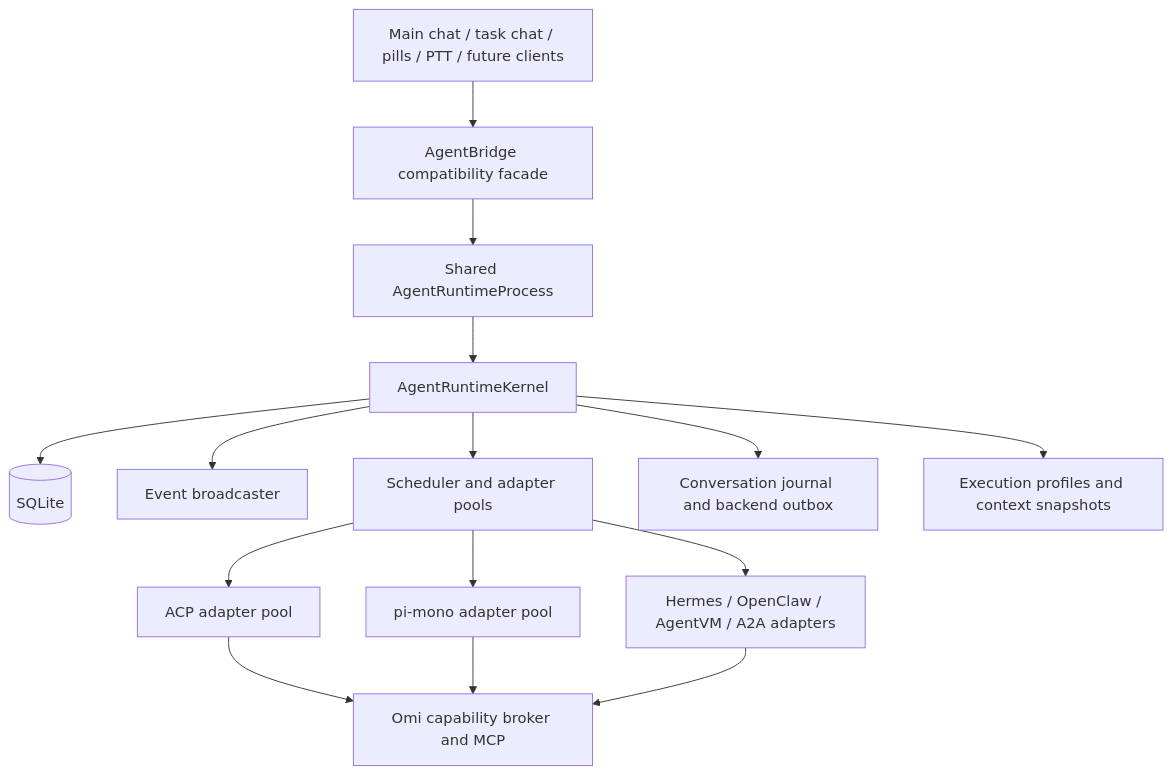
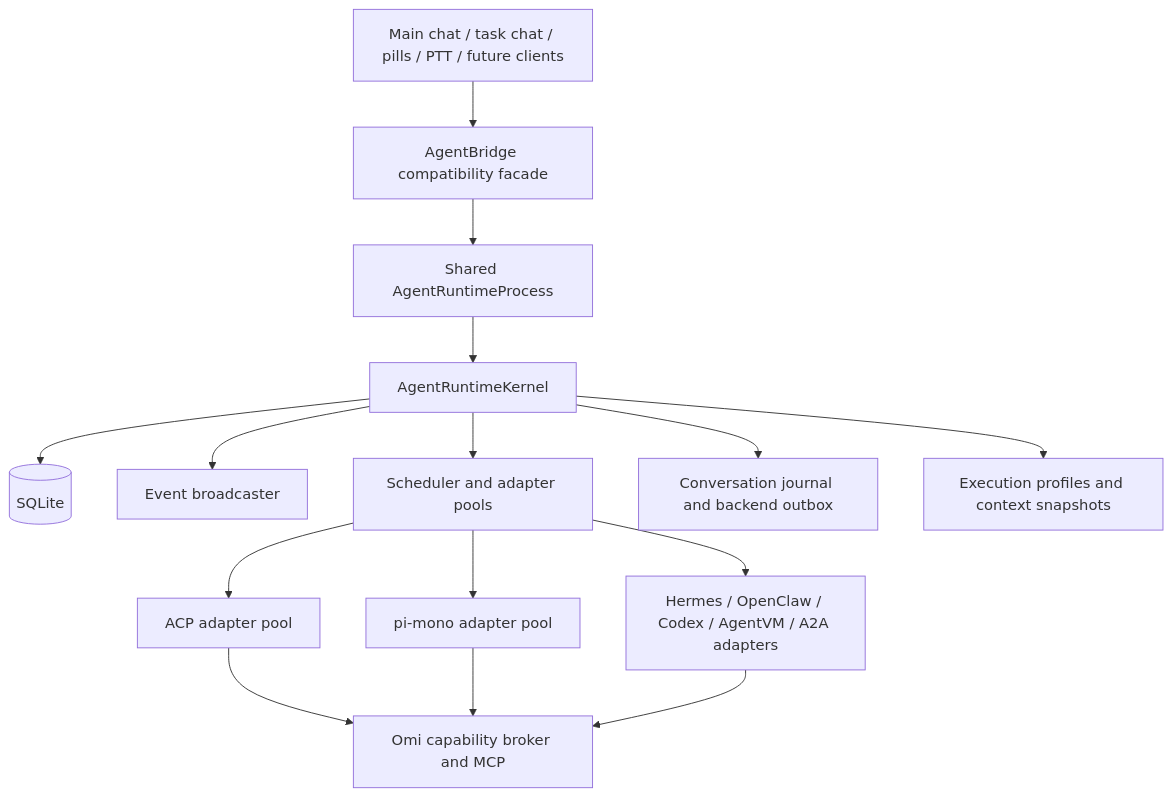
Before and after one commit to BasedHardware/omi: the diagram in docs/doc/developer/agent-control-plane.mdx, drawn with Mermaid. The commit also changed other lines of this file and 19 other files, not shown here.

First line of the commit message:
feat(desktop): route PTT tasks to codex/hermes/openclaw with fallback and install help

````diff
--- a/docs/doc/developer/agent-control-plane.mdx
+++ b/docs/doc/developer/agent-control-plane.mdx
@@ -76,31 +76,31 @@
 ```mermaid
 flowchart TB
     UI[Main chat / task chat / pills / PTT / future clients]
     SwiftClient[AgentBridge compatibility facade]
     SharedProcess[Shared AgentRuntimeProcess]
     Kernel[AgentRuntimeKernel]
     Store[(SQLite)]
     Events[Event broadcaster]
     Scheduler[Scheduler and adapter pools]
     ACP[ACP adapter pool]
     Pi[pi-mono adapter pool]
-    Future[Hermes / OpenClaw / AgentVM / A2A adapters]
+    Future[Hermes / OpenClaw / Codex / AgentVM / A2A adapters]
     Broker[Omi capability broker and MCP]
     Journal[Conversation journal and backend outbox]
     Context[Execution profiles and context snapshots]
 
     UI --> SwiftClient
     SwiftClient --> SharedProcess
     SharedProcess --> Kernel
     Kernel --> Store
     Kernel --> Events
     Kernel --> Scheduler
     Kernel --> Journal
     Kernel --> Context
     Scheduler --> ACP
     Scheduler --> Pi
     Scheduler --> Future
     ACP --> Broker
     Pi --> Broker
     Future --> Broker
 ```
````
